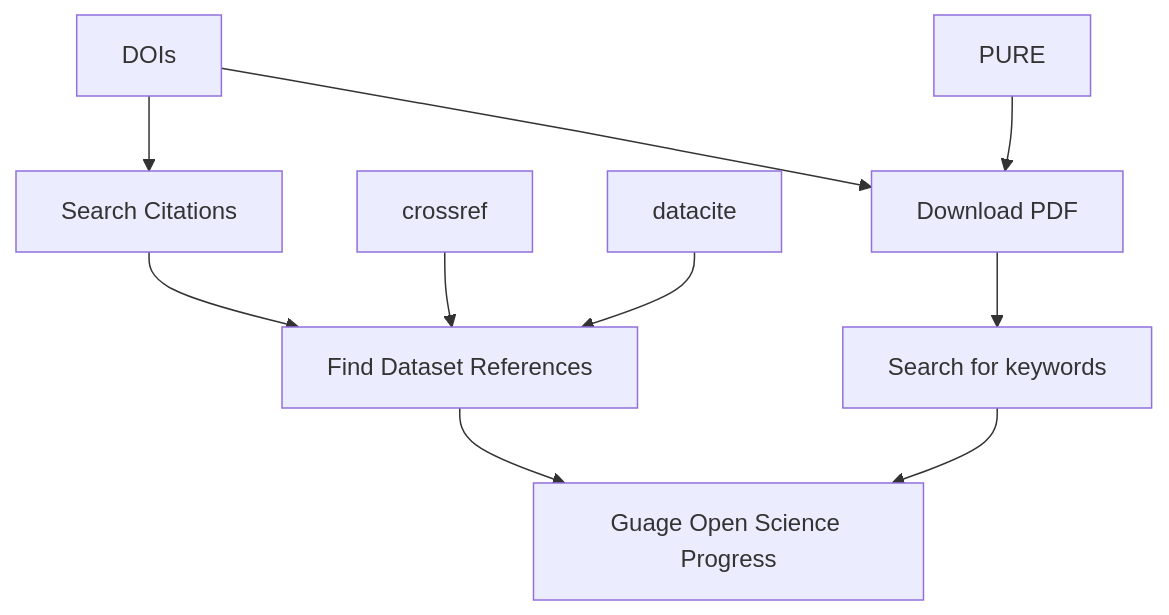
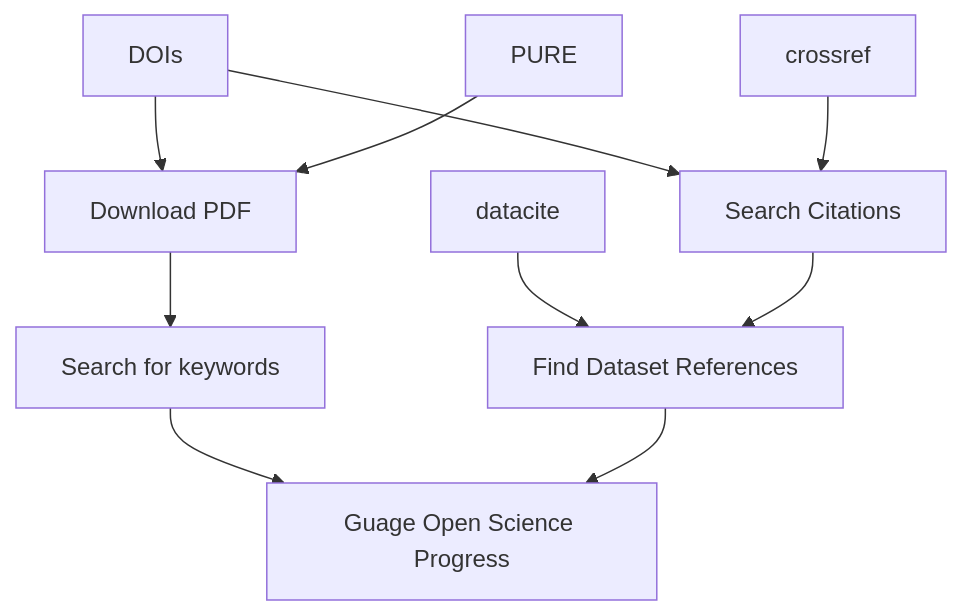
Before and after one commit to EstherPlomp/TNW-Tracking: the diagram in README.md, drawn with Mermaid. The commit also changed other lines of this file, not shown here.

Commit message:
Minor changes to main README

````diff
--- a/README.md
+++ b/README.md
@@ -16,12 +16,12 @@
 ```mermaid
 graph TD;
     DOIs-->dd[Search Citations];
-    crossref-->de[Find Dataset References]
+    crossref-->dd
     datacite-->de[Find Dataset References]
     dd[Search Citations]-->de[Find Dataset References]
     DOIs-->df[Download PDF];
     PURE-->df[Download PDF];
     df[Download PDF]-->dg[Search for keywords]
     dg[Search for keywords]-->dh[Guage Open Science Progress];
     de[Find Dataset References]-->dh[Guage Open Science Progress];  
 ```
````
